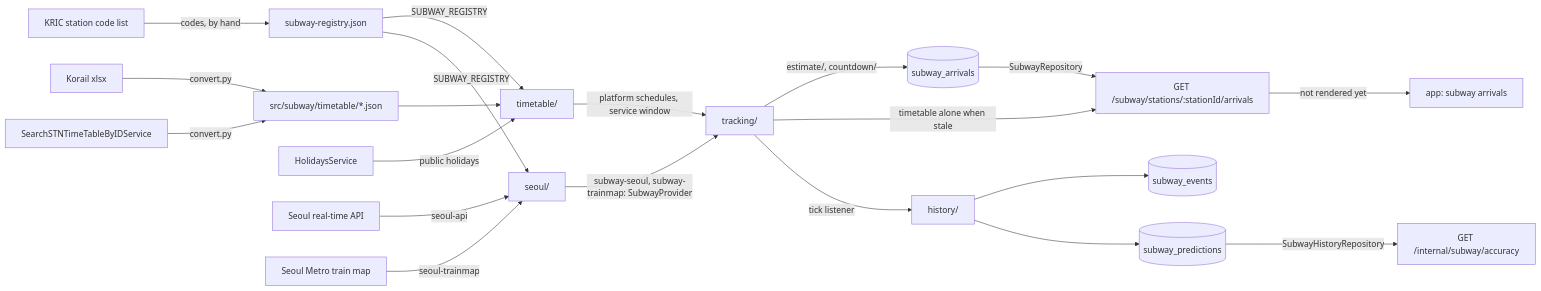
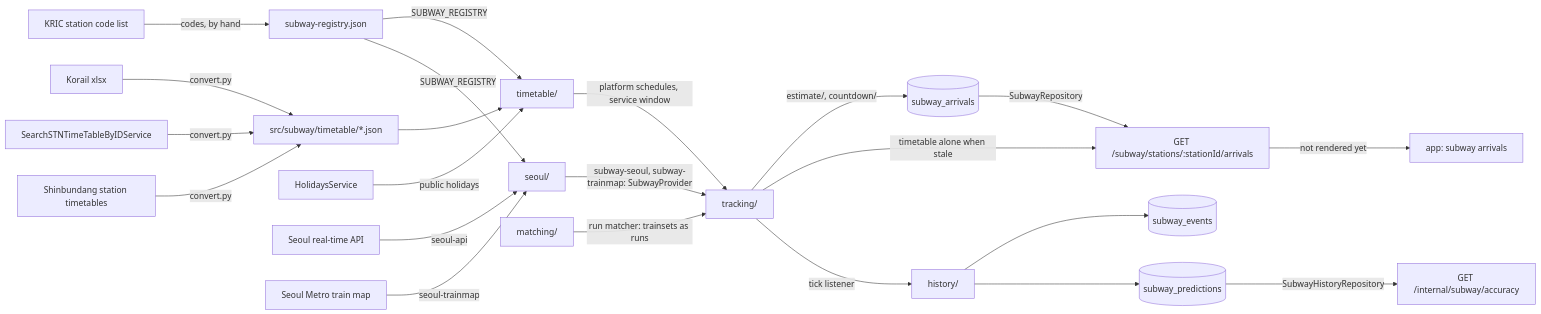
The diagram in docs/explanation/subway-architecture.md (skkuverse/skkuverse-server), drawn with Mermaid before and after one commit. The commit also changed other lines of this file and 17 other files, not shown here.

````diff
--- a/docs/explanation/subway-architecture.md
+++ b/docs/explanation/subway-architecture.md
@@ -93,22 +98,24 @@
 ```mermaid
 flowchart LR
   kric["KRIC station code list"] -->|codes, by hand| registry["subway-registry.json"]
   xlsx["Korail xlsx"] -->|convert.py| tt["src/subway/timetable/*.json"]
   seoultt["SearchSTNTimeTableByIDService"] -->|convert.py| tt
+  sbl["Shinbundang station timetables"] -->|convert.py| tt
   tt --> timetable["timetable/"]
   registry -->|SUBWAY_REGISTRY| timetable
   registry -->|SUBWAY_REGISTRY| seoul
   holidays["HolidaysService"] -->|public holidays| timetable
   seoulapi["Seoul real-time API"] -->|seoul-api| seoul["seoul/"]
   trainmap["Seoul Metro train map"] -->|seoul-trainmap| seoul
   seoul -->|"subway-seoul, subway-trainmap: SubwayProvider"| tracking["tracking/"]
   timetable -->|platform schedules, service window| tracking
+  matching["matching/"] -->|"run matcher: trainsets as runs"| tracking
   tracking -->|"estimate/, countdown/"| coll[("subway_arrivals")]
   coll -->|SubwayRepository| route["GET /subway/stations/:stationId/arrivals"]
   tracking -->|timetable alone when stale| route
   route -->|not rendered yet| screen["app: subway arrivals"]
   tracking -->|tick listener| history["history/"]
   history --> events[("subway_events")]
   history --> predictions[("subway_predictions")]
   predictions -->|SubwayHistoryRepository| report["GET /internal/subway/accuracy"]
 ```
````
